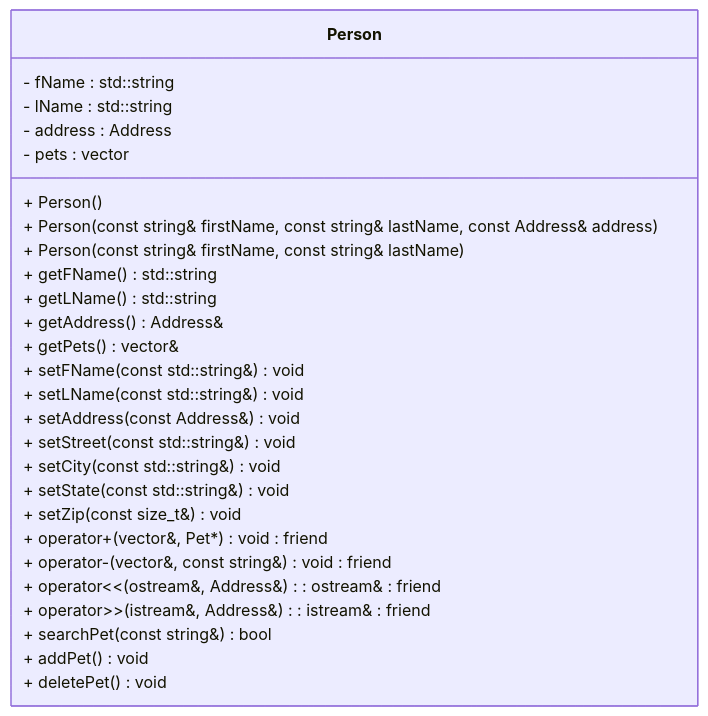
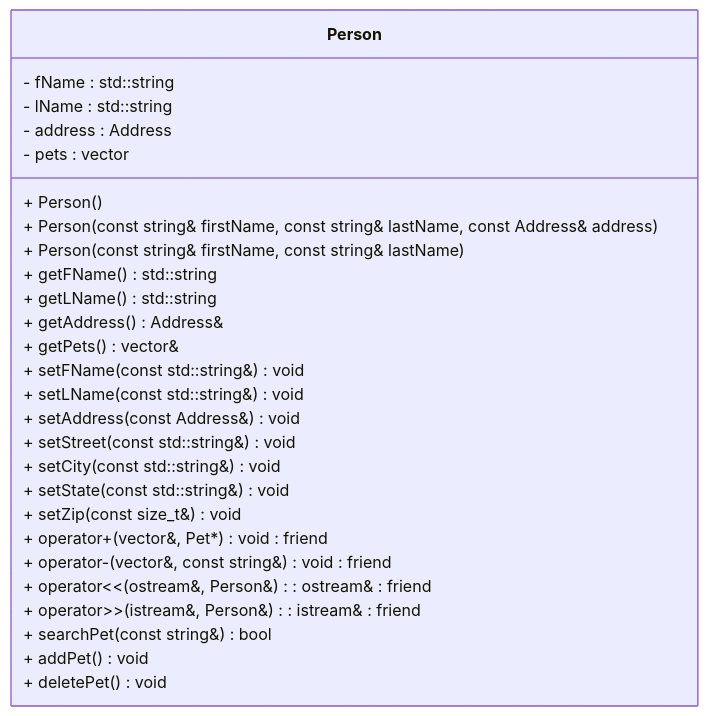
Before and after one commit to heimsothe/Spring-2024-OOP-Cpp-Labs: the fourth of 4 diagrams in Lab06/README.md, drawn with Mermaid. The commit also changed other lines of this file, not shown here.

Commit message:
[Lab06] Update README.md

````diff
--- a/Lab06/README.md
+++ b/Lab06/README.md
@@ -285,39 +285,39 @@
 ```mermaid
 %%{
   init: {
     'themeVariables': {
       'fontFamily': 'monospace'
     }
   }
 }%%
 classDiagram
     class Person {
         - fName : std::string
         - lName : std::string
         - address : Address
         - pets : vector<Pet*>
         + Person()
         + Person(const string& firstName, const string& lastName, const Address& address)
         + Person(const string& firstName, const string& lastName)
         + getFName() std::string
         + getLName() std::string
         + getAddress() Address&
         + getPets() vector<Pet*>&
         + setFName(const std::string&) void
         + setLName(const std::string&) void
         + setAddress(const Address&) void
         + setStreet(const std::string&) void
         + setCity(const std::string&) void
         + setState(const std::string&) void
         + setZip(const size_t&) void
 
         + operator+(vector<Pet*>&, Pet*) void : friend
         + operator-(vector<Pet*>&, const string&) void : friend
-        + operator<<(ostream&, Address&) : ostream& : friend
-        + operator>>(istream&, Address&) : istream& : friend
+        + operator<<(ostream&, Person&) : ostream& : friend
+        + operator>>(istream&, Person&) : istream& : friend
 
         + searchPet(const string&) bool
         + addPet() void
         + deletePet() void
     }
 ```
````
